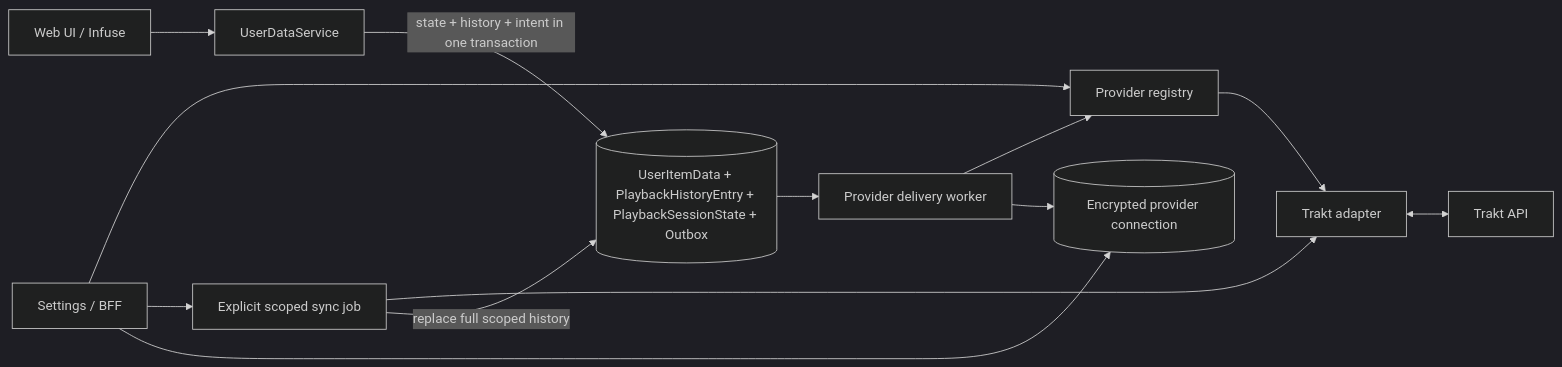
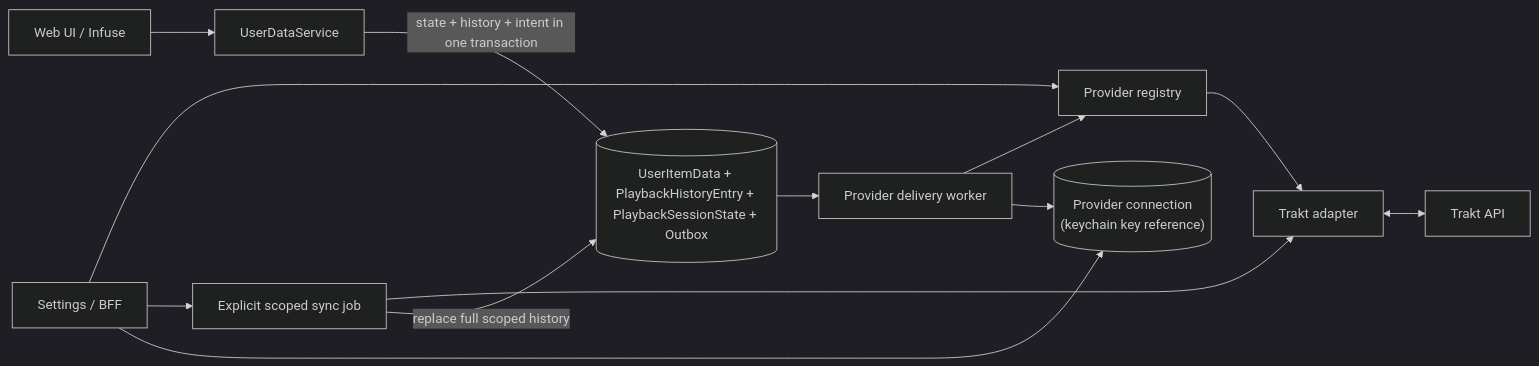
Before and after one commit to alex-de-haas/media-server: the diagram in docs/planning/trakt-watched-state-sync.md, drawn with Mermaid (dark theme). The commit also changed other lines of this file and 2 other files, not shown here.

````diff
--- a/docs/planning/trakt-watched-state-sync.md
+++ b/docs/planning/trakt-watched-state-sync.md
@@ -714,15 +716,15 @@
 ```mermaid
 flowchart LR
   PLAYER["Web UI / Infuse"] --> UDS["UserDataService"]
   UDS -->|"state + history + intent in one transaction"| LOCAL[("UserItemData + PlaybackHistoryEntry + PlaybackSessionState + Outbox")]
   OUTBOX["Provider delivery worker"] --> REGISTRY["Provider registry"]
   LOCAL --> OUTBOX
   REGISTRY --> TRAKT_ADAPTER["Trakt adapter"]
   TRAKT_ADAPTER <--> TRAKT["Trakt API"]
   SETTINGS["Settings / BFF"] --> REGISTRY
   SETTINGS --> SYNC["Explicit scoped sync job"]
   SYNC --> TRAKT_ADAPTER
   SYNC -->|"replace full scoped history"| LOCAL
-  SETTINGS --> CONNECTION[("Encrypted provider connection")]
+  SETTINGS --> CONNECTION[("Provider connection<br/>(keychain key reference)")]
   OUTBOX --> CONNECTION
 ```
````
